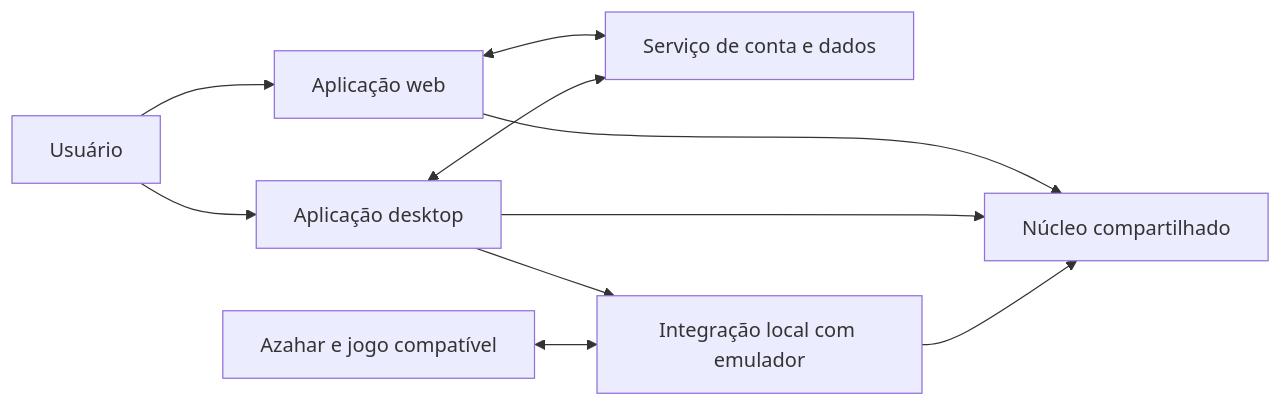
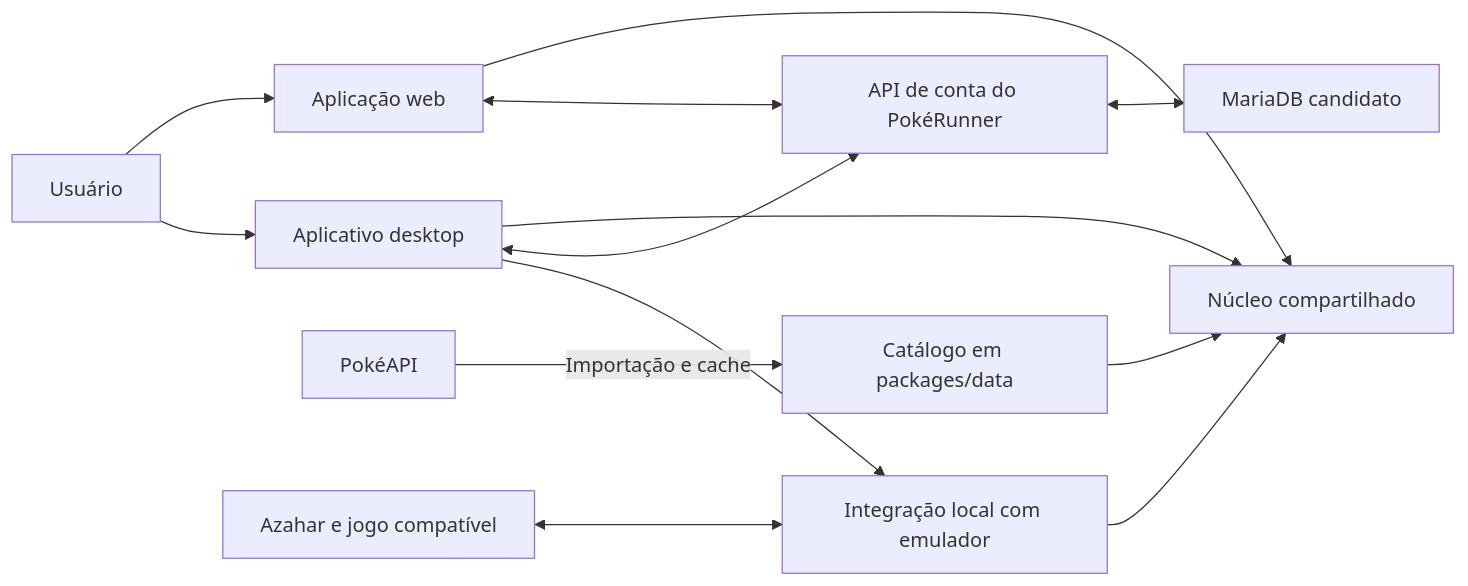
One commit to Andr0idx/pokerunner changed the diagram in docs/architecture.md. Above: the diagram before and after it, drawn with Mermaid. The commit also changed other lines of this file and 1 other file, not shown here.

Commit message:
docs: document MVP data and storage strategy

````diff
--- a/docs/architecture.md
+++ b/docs/architecture.md
@@ -85,15 +94,19 @@
 ```mermaid
 flowchart LR
     User["Usuário"] --> Web["Aplicação web"]
-    User --> Desktop["Aplicação desktop"]
+    User --> Desktop["Aplicativo desktop"]
 
-    Web --> Core["Núcleo compartilhado"]
+    PokeAPI["PokéAPI"] -->|"Importação e cache"| Catalog["Catálogo em packages/data"]
+    Catalog --> Core["Núcleo compartilhado"]
+
+    Web --> Core
     Desktop --> Core
 
-    Web <--> Account["Serviço de conta e dados"]
+    Web <--> Account["API de conta do PokéRunner"]
     Desktop <--> Account
+    Account <--> DB["MariaDB candidato"]
 
     Desktop --> Adapter["Integração local com emulador"]
     Adapter --> Core
     Emulator["Azahar e jogo compatível"] <--> Adapter
 ```
````
